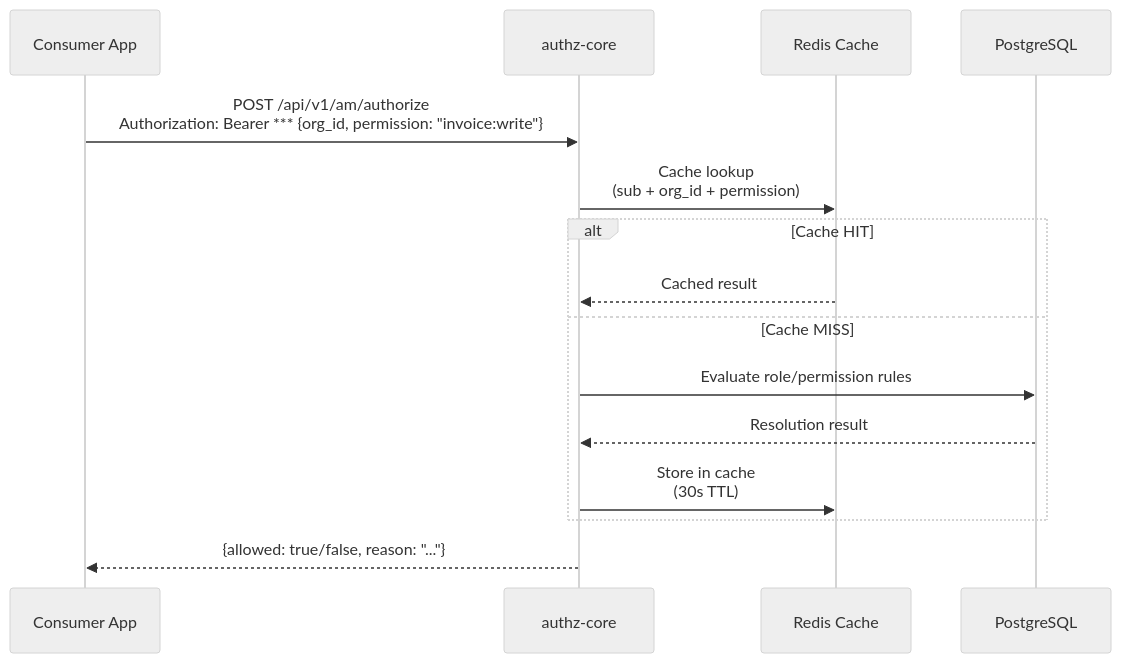
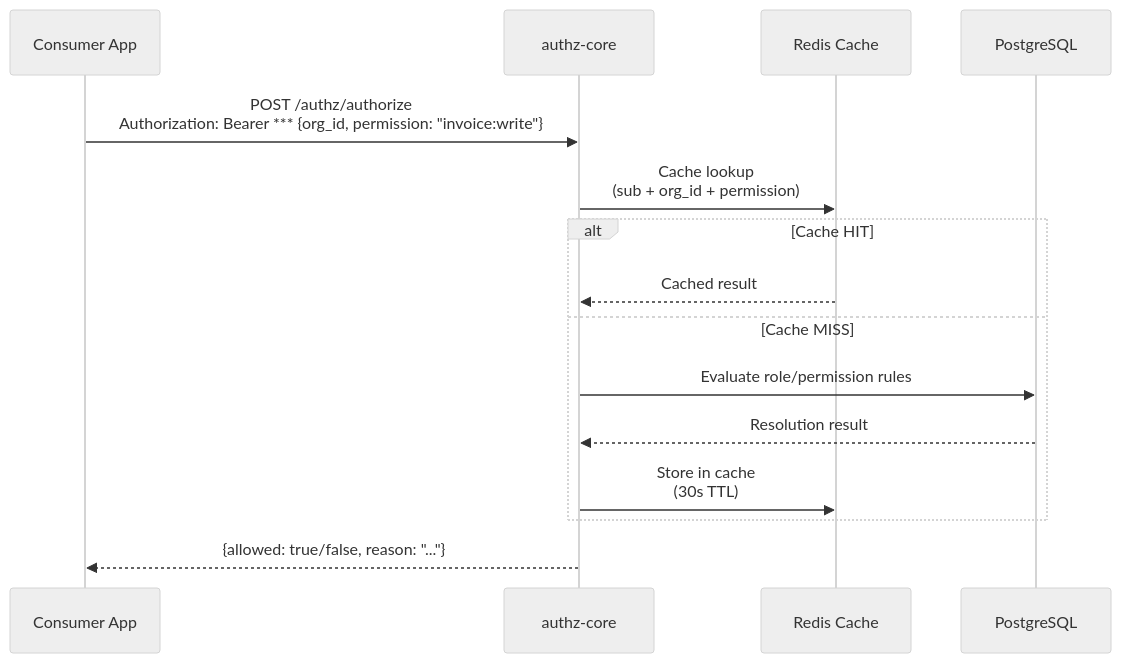
One commit to microscaler/sesame-idam changed diagram 11 of 11 in docs/sesame-idam-complete.md. Above: the diagram before and after it, drawn with Mermaid (neutral theme). The commit also changed other lines of this file and 23 other files, not shown here.

````diff
--- a/docs/sesame-idam-complete.md
+++ b/docs/sesame-idam-complete.md
@@ -936,21 +936,21 @@
 ```mermaid
 sequenceDiagram
     participant Consumer as Consumer App
     participant AC as authz-core
     participant Redis as Redis Cache
     participant PG as PostgreSQL
 
-    Consumer->>AC: POST /api/v1/am/authorize<br/>Authorization: Bearer *** {org_id, permission: "invoice:write"}
+    Consumer->>AC: POST /authz/authorize<br/>Authorization: Bearer *** {org_id, permission: "invoice:write"}
 
     AC->>Redis: Cache lookup<br/>(sub + org_id + permission)
 
     alt Cache HIT
         Redis-->>AC: Cached result
     else Cache MISS
         AC->>PG: Evaluate role/permission rules
         PG-->>AC: Resolution result
         AC->>Redis: Store in cache<br/>(30s TTL)
     end
 
     AC-->>Consumer: {allowed: true/false, reason: "..."}
 ```
````
